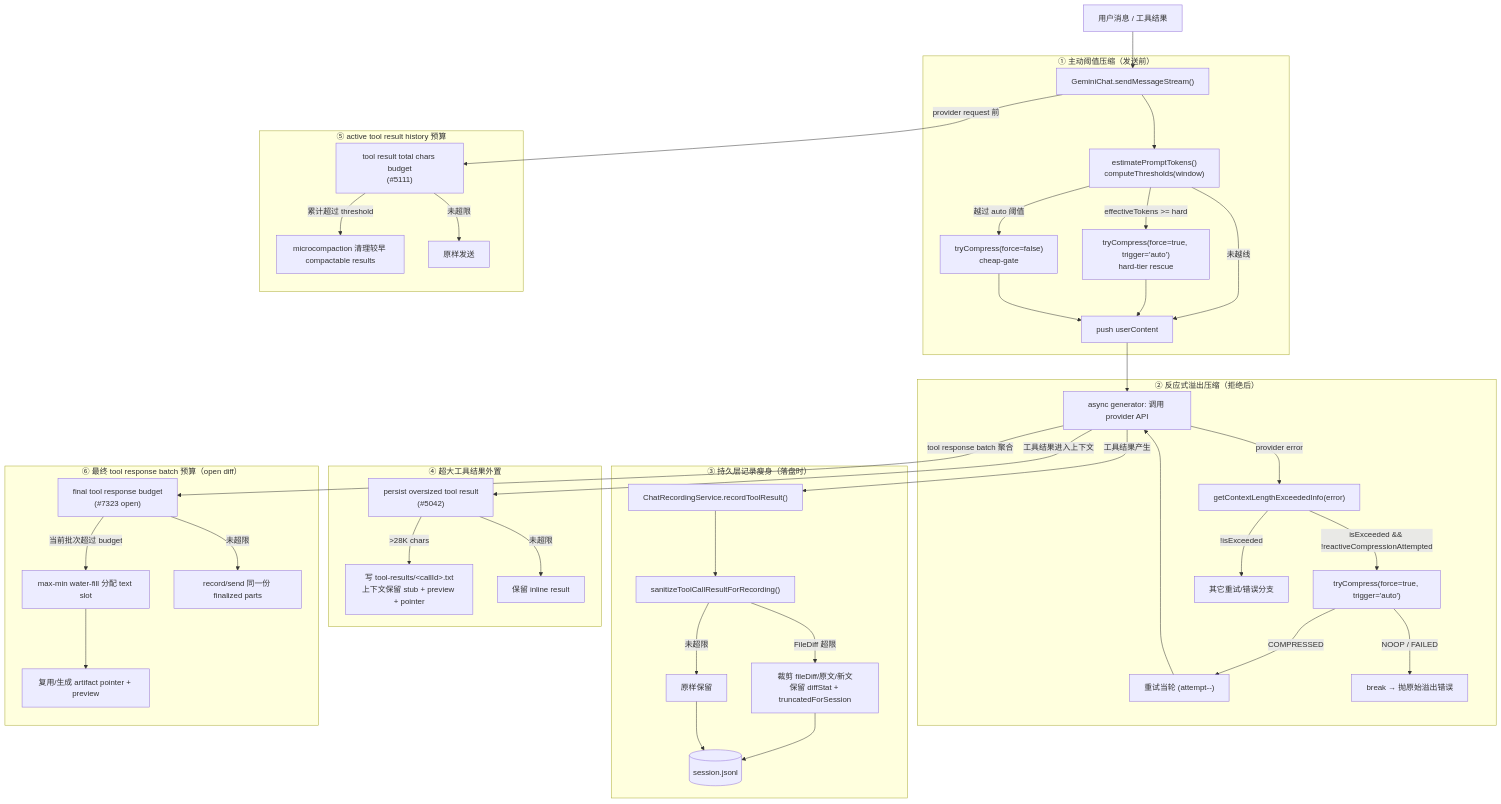
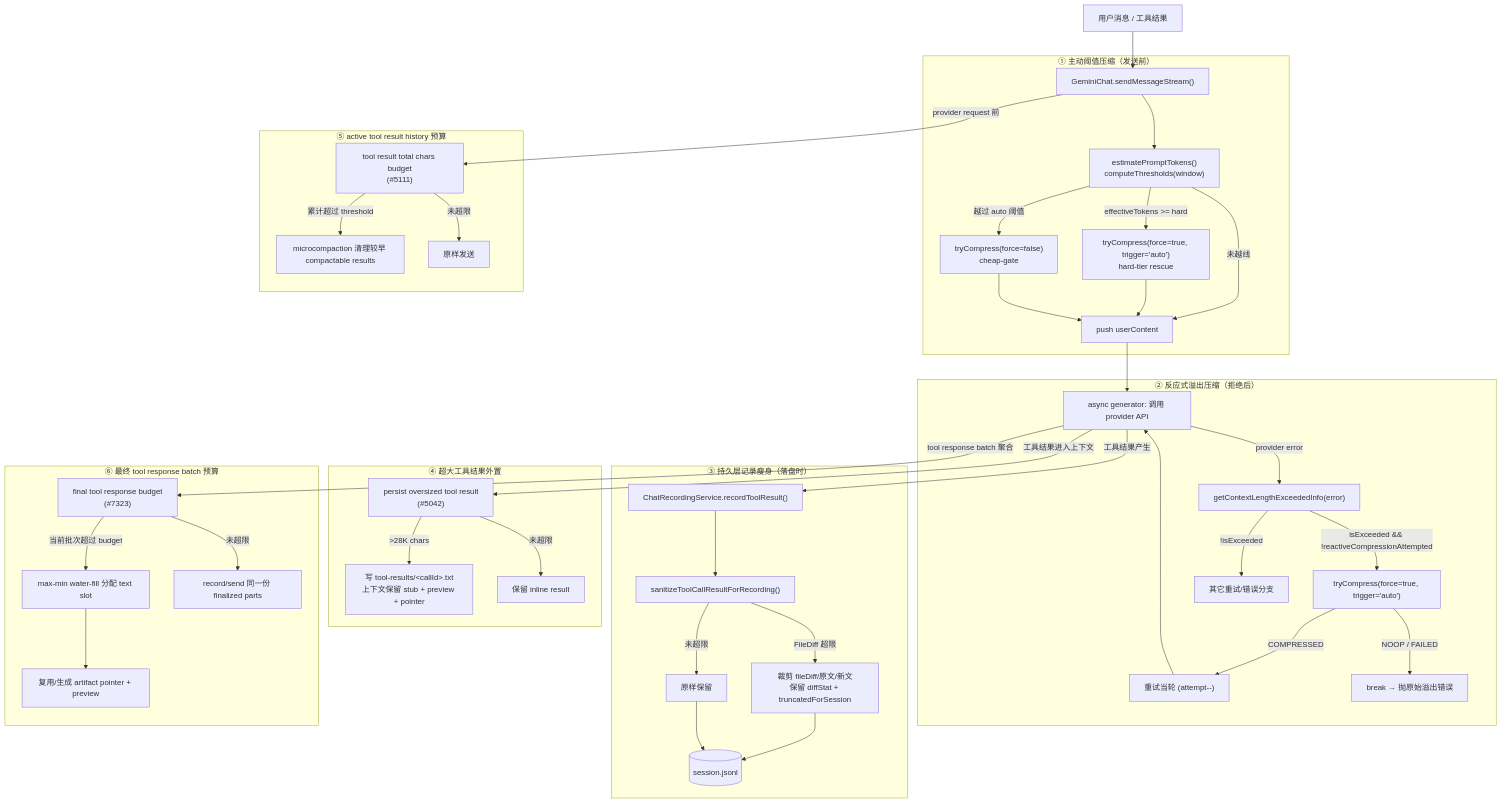
Before and after one commit to doudouOUC/code_agent: the first of 4 diagrams in qwen-code/feature/context-compression.md, drawn with Mermaid. The commit also changed other lines of this file and 20 other files, not shown here.

````diff
--- a/qwen-code/feature/context-compression.md
+++ b/qwen-code/feature/context-compression.md
@@ -60,53 +60,53 @@
 ```mermaid
 flowchart TD
     U[用户消息 / 工具结果] --> SMS["GeminiChat.sendMessageStream()"]
 
     subgraph L1["① 主动阈值压缩（发送前）"]
         SMS --> EST["estimatePromptTokens()<br/>computeThresholds(window)"]
         EST -->|effectiveTokens >= hard| HARD["tryCompress(force=true, trigger='auto')<br/>hard-tier rescue"]
         EST -->|越过 auto 阈值| TRY["tryCompress(force=false)<br/>cheap-gate"]
         EST -->|未越线| PUSH[push userContent]
         HARD --> PUSH
         TRY --> PUSH
     end
 
     PUSH --> GEN["async generator: 调用 provider API"]
 
     subgraph L2["② 反应式溢出压缩（拒绝后）"]
         GEN -->|provider error| CLS["getContextLengthExceededInfo(error)"]
         CLS -->|isExceeded && !reactiveCompressionAttempted| RC["tryCompress(force=true, trigger='auto')"]
         RC -->|COMPRESSED| RETRY["重试当轮 (attempt--)"]
         RC -->|NOOP / FAILED| BREAK["break → 抛原始溢出错误"]
         RETRY --> GEN
         CLS -->|!isExceeded| OTHER[其它重试/错误分支]
     end
 
     GEN -->|工具结果产生| REC["ChatRecordingService.recordToolResult()"]
     GEN -->|工具结果进入上下文| BIG["persist oversized tool result<br/>(#5042)"]
     SMS -->|provider request 前| BUDGET["tool result total chars budget<br/>(#5111)"]
-    GEN -->|tool response batch 聚合| FINAL["final tool response budget<br/>(#7323 open)"]
+    GEN -->|tool response batch 聚合| FINAL["final tool response budget<br/>(#7323)"]
 
     subgraph L3["③ 持久层记录瘦身（落盘时）"]
         REC --> SAN["sanitizeToolCallResultForRecording()"]
         SAN -->|FileDiff 超限| TRUNC["裁剪 fileDiff/原文/新文<br/>保留 diffStat + truncatedForSession"]
         SAN -->|未超限| KEEP[原样保留]
         TRUNC --> JSONL[(session.jsonl)]
         KEEP --> JSONL
     end
 
     subgraph L4["④ 超大工具结果外置"]
         BIG -->|>28K chars| PERSIST["写 tool-results/&lt;callId&gt;.txt<br/>上下文保留 stub + preview + pointer"]
         BIG -->|未超限| INLINE[保留 inline result]
     end
 
     subgraph L5["⑤ active tool result history 预算"]
         BUDGET -->|累计超过 threshold| MICRO["microcompaction 清理较早 compactable results"]
         BUDGET -->|未超限| ASIS[原样发送]
     end
 
-    subgraph L6["⑥ 最终 tool response batch 预算（open diff）"]
+    subgraph L6["⑥ 最终 tool response batch 预算"]
         FINAL -->|当前批次超过 budget| WATER["max-min water-fill 分配 text slot"]
         WATER --> ART["复用/生成 artifact pointer + preview"]
         FINAL -->|未超限| FINALKEEP[record/send 同一份 finalized parts]
     end
 ```
````
